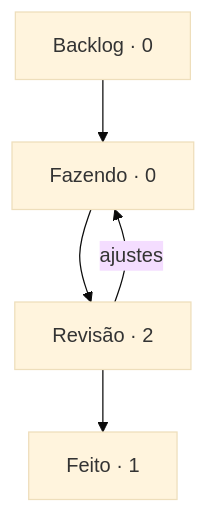
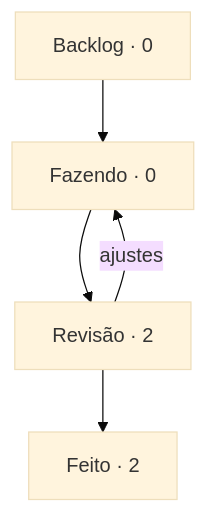
Before and after one commit to StudioVibi/VibiKanban: the diagram in boards/dungeon-bend/BOARD.md, drawn with Mermaid (base theme). The commit also changed other lines of this file and 2 other files, not shown here.

````diff
--- a/boards/dungeon-bend/BOARD.md
+++ b/boards/dungeon-bend/BOARD.md
@@ -5,10 +5,10 @@
 ```mermaid
 flowchart TD
   backlog["Backlog · 0"] --> doing["Fazendo · 0"]
   doing --> review["Revisão · 2"]
-  review --> done["Feito · 1"]
+  review --> done["Feito · 2"]
   review -->|ajustes| doing
   doing:::blue
   review:::yellow
   done:::green
 ```
````
